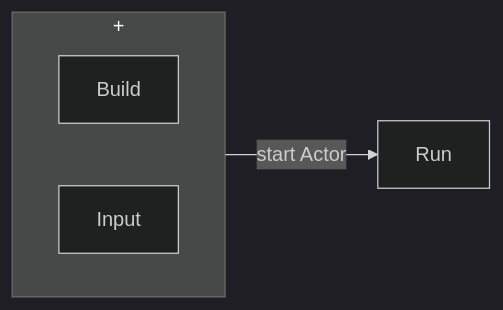
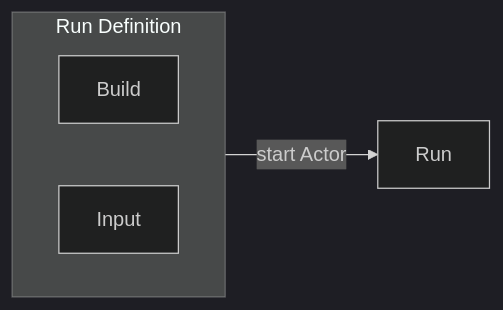
The second of 3 diagrams in sources/platform/actors/development/builds_and_runs/index.md (apify/apify-docs), drawn with Mermaid (dark theme) before and after one commit.

Commit message:
Fixes broken mermaid md

````diff
--- a/sources/platform/actors/development/builds_and_runs/index.md
+++ b/sources/platform/actors/development/builds_and_runs/index.md
@@ -34,10 +34,10 @@
 ```mermaid
 flowchart LR
-    subgraph AD [+]
+    subgraph AD [Run Definition]
         direction LR
         Build
         Input
     end
 
     AD -- "start Actor" --> Run
 ```
````
